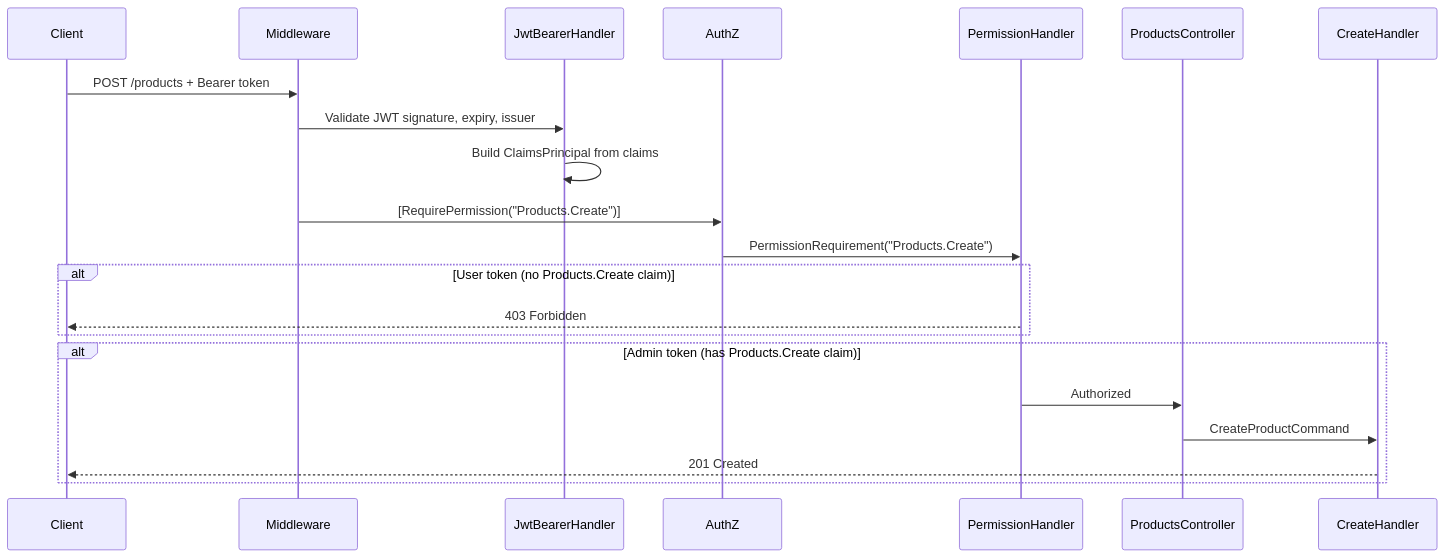
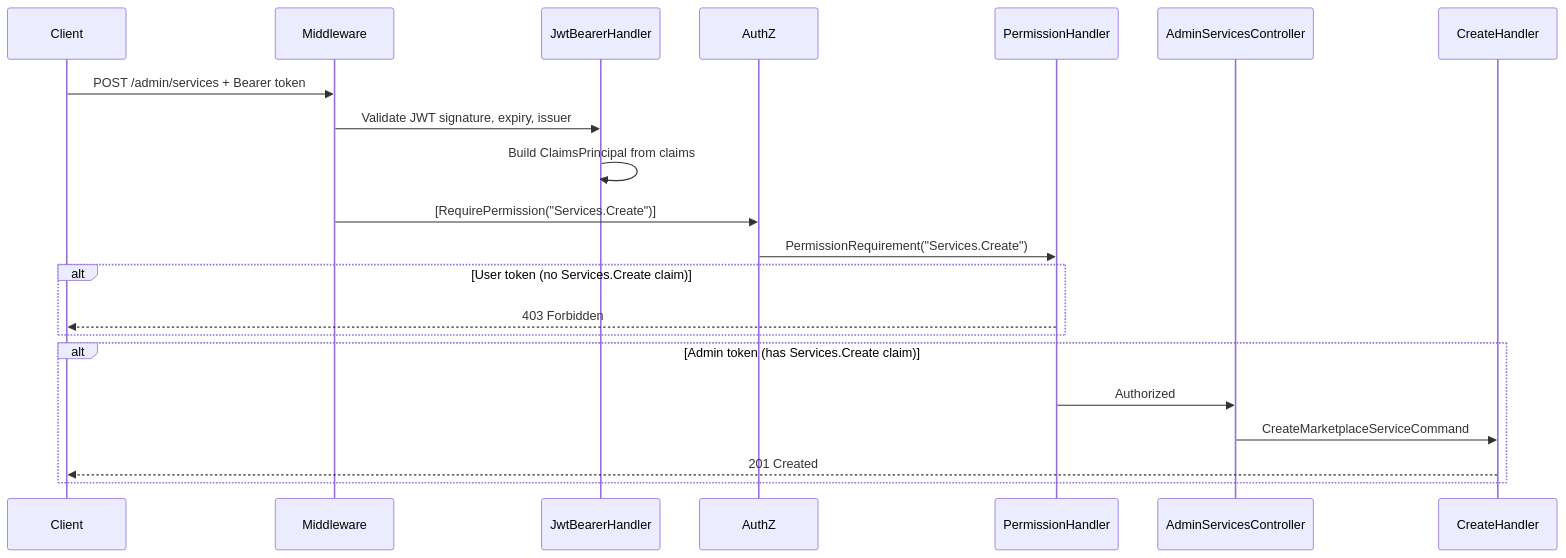
One commit to MahmoudAbdelrahman2002/Enterprise changed the third of 3 diagrams in docs/AUTH_CODE_WORKFLOW.md. Above: the diagram before and after it, drawn with Mermaid. The commit also changed other lines of this file and 197 other files, not shown here.

````diff
--- a/docs/AUTH_CODE_WORKFLOW.md
+++ b/docs/AUTH_CODE_WORKFLOW.md
@@ -302,24 +303,24 @@
 ```mermaid
 sequenceDiagram
     participant Client
     participant Middleware
     participant JwtBearerHandler
     participant AuthZ
     participant PermissionHandler
-    participant ProductsController
+    participant AdminServicesController
     participant CreateHandler
 
-    Client->>Middleware: POST /products + Bearer token
+    Client->>Middleware: POST /admin/services + Bearer token
     Middleware->>JwtBearerHandler: Validate JWT signature, expiry, issuer
     JwtBearerHandler->>JwtBearerHandler: Build ClaimsPrincipal from claims
-    Middleware->>AuthZ: [RequirePermission("Products.Create")]
-    AuthZ->>PermissionHandler: PermissionRequirement("Products.Create")
-    alt User token (no Products.Create claim)
+    Middleware->>AuthZ: [RequirePermission("Services.Create")]
+    AuthZ->>PermissionHandler: PermissionRequirement("Services.Create")
+    alt User token (no Services.Create claim)
         PermissionHandler-->>Client: 403 Forbidden
     end
-    alt Admin token (has Products.Create claim)
-        PermissionHandler->>ProductsController: Authorized
-        ProductsController->>CreateHandler: CreateProductCommand
+    alt Admin token (has Services.Create claim)
+        PermissionHandler->>AdminServicesController: Authorized
+        AdminServicesController->>CreateHandler: CreateMarketplaceServiceCommand
         CreateHandler-->>Client: 201 Created
     end
 ```
````
